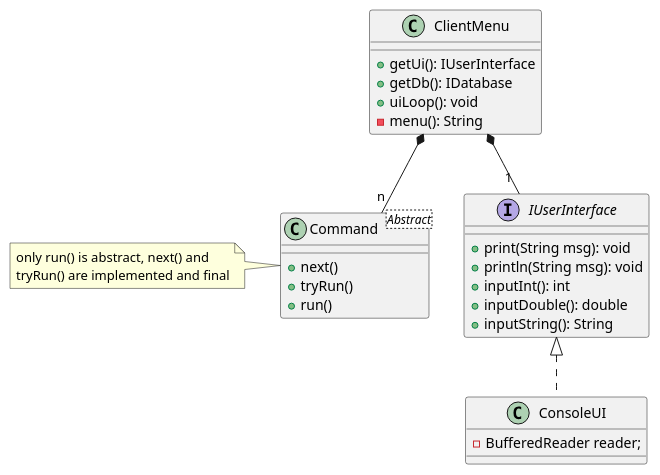
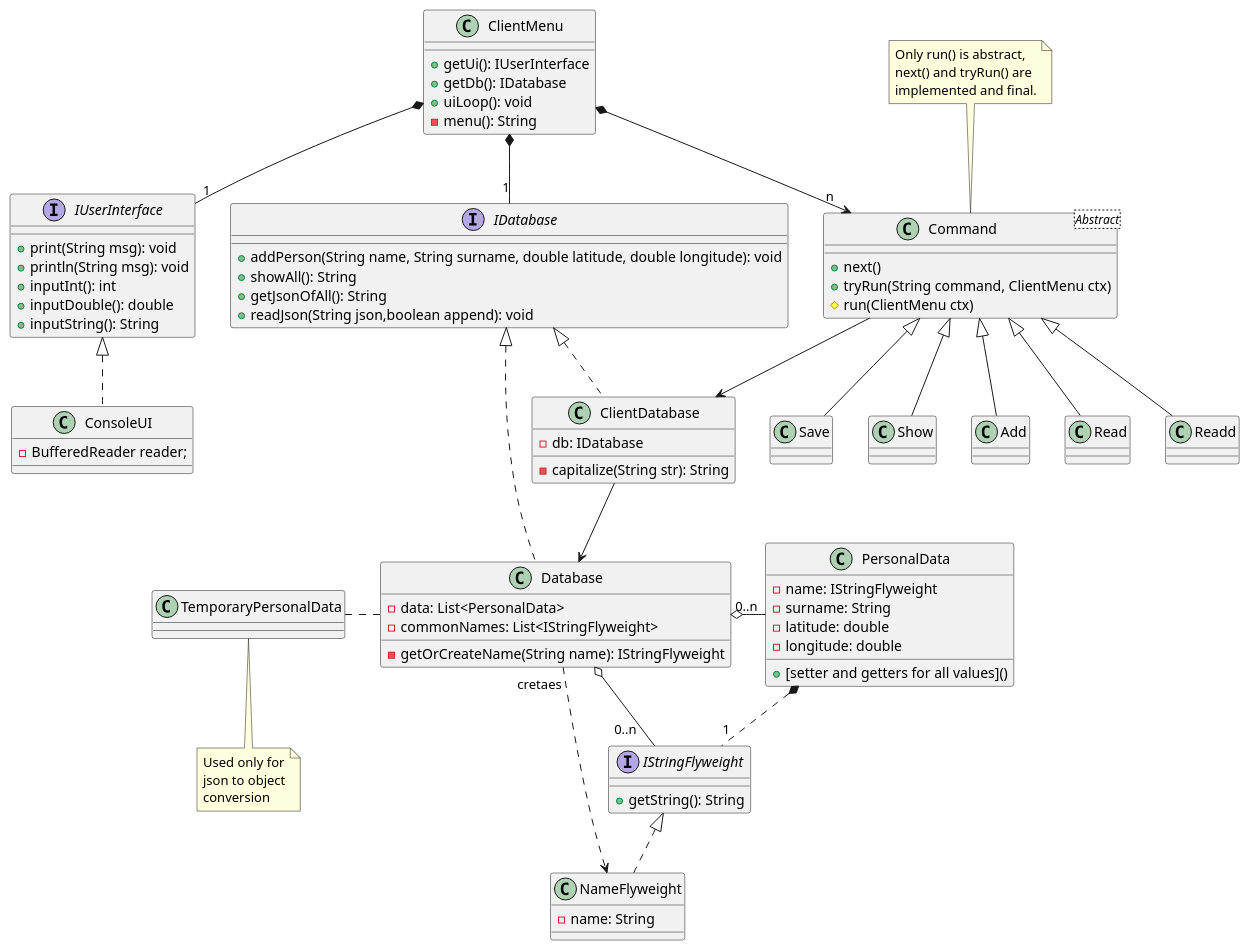
The diagram in src/uml.puml (CKTA00/TO_lab_6), drawn with PlantUML before and after one commit. The commit also changed 4 other files, not shown here.

First line of the commit message:
Finished uml. Fixed architecture errors.

```diff
--- a/src/uml.puml
+++ b/src/uml.puml
@@ -1,41 +1,87 @@
 @startuml
 
 class ClientMenu{
     +getUi(): IUserInterface
     +getDb(): IDatabase
     +uiLoop(): void
     -menu(): String
 }
 
 interface IUserInterface{
     +print(String msg): void
     +println(String msg): void
     +inputInt(): int
     +inputDouble(): double
     +inputString(): String
 }
 
 class ConsoleUI implements IUserInterface{
     -BufferedReader reader;
 }
 
 class Command<Abstract>{
     +next()
-    +tryRun()
-    +run()
+    +tryRun(String command, ClientMenu ctx)
+    #run(ClientMenu ctx)
+}
+note top:Only run() is abstract,\nnext() and tryRun() are\nimplemented and final.
+
+interface IDatabase{
+    +addPerson(String name, String surname, double latitude, double longitude): void
+    +showAll(): String
+    +getJsonOfAll(): String
+    +readJson(String json,boolean append): void
 }
 
-'class Add extends Command
-'class Read extends Command
-'class Readd extends Command
-'class Save extends Command
-'class Show extends Command
+class Database implements IDatabase
+{
+    -data: List<PersonalData>
+    -commonNames: List<IStringFlyweight>
+    -getOrCreateName(String name): IStringFlyweight
+}
 
-note left: only run() is abstract, next() and\ntryRun() are implemented and final
+class ClientDatabase implements IDatabase{
+    -db: IDatabase
+    -capitalize(String str): String
+}
 
+class PersonalData{
+    -name: IStringFlyweight
+    -surname: String
+    -latitude: double
+    -longitude: double
+    + [setter and getters for all values]()
+}
 
+interface IStringFlyweight{
+    +getString(): String
+}
+
+class NameFlyweight implements IStringFlyweight{
+    -name: String
+}
+
+class TemporaryPersonalData{
+
+}
+note bottom: Used only for\njson to object\nconversion
+
+class Add extends Command
+class Read extends Command
+class Readd extends Command
+class Save extends Command
+class Show extends Command
 
 ClientMenu *-- "1 " IUserInterface
-ClientMenu *-- "n" Command
+ClientMenu *--> "n" Command
+ClientMenu *-- "1" IDatabase
 
+Command --> ClientDatabase
+ClientDatabase --> Database
+
+Database o-"0..n" PersonalData
+Database o-"0..n   " IStringFlyweight
+PersonalData *.."1" IStringFlyweight
+Database "cretaes" ...> NameFlyweight
+TemporaryPersonalData . Database
 @enduml
```
